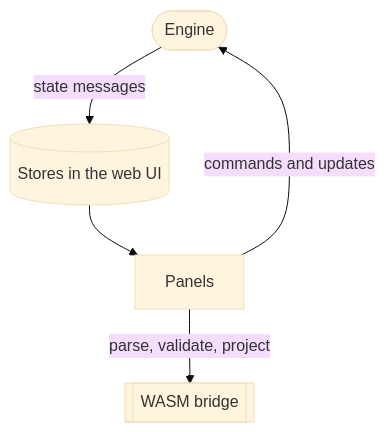
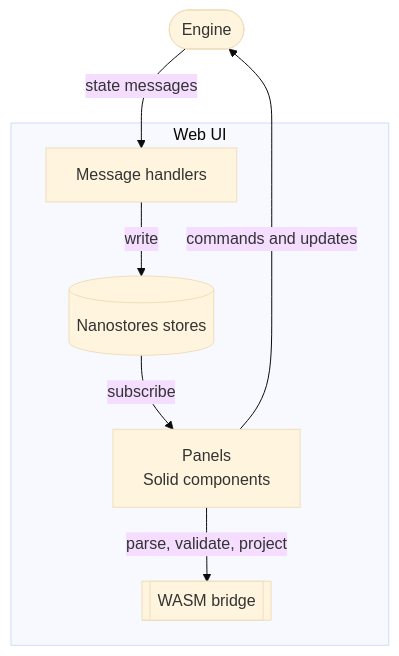
One commit to stewartadam/nightfall-lightdesk changed the first of 5 diagrams in docs/internal/src/architecture/web-ui.md. Above: the diagram before and after it, drawn with Mermaid (base theme). The commit also changed other lines of this file and 6 other files, not shown here.

````diff
--- a/docs/internal/src/architecture/web-ui.md
+++ b/docs/internal/src/architecture/web-ui.md
@@ -11,9 +11,17 @@
 ```mermaid
 flowchart TB
   accTitle: Engine and web UI
-  accDescr: The engine sends state messages to the web UI, which stores them and renders panels. The web UI sends commands and updates back to the engine. The WASM bridge gives the UI read-only access to shared Rust logic.
-  engine([Engine]) -- state messages --> stores[(Stores in the web UI)]
-  stores --> panels[Panels]
+  accDescr: The engine sends state messages to the message handlers in the web UI. The handlers write the Nanostores stores. Panels, which are Solid components, subscribe to the stores and render. Panels send commands and updates back to the engine, and call the WASM bridge for read-only access to shared Rust logic.
+  engine([Engine])
+  subgraph webui [Web UI]
+    handlers[Message handlers]
+    stores[(Nanostores stores)]
+    panels[Panels<br/>Solid components]
+    wasm[[WASM bridge]]
+  end
+  engine -- state messages --> handlers
+  handlers -- write --> stores
+  stores -- subscribe --> panels
   panels -- commands and updates --> engine
-  panels -- parse, validate, project --> wasm[[WASM bridge]]
+  panels -- parse, validate, project --> wasm
 ```
````
